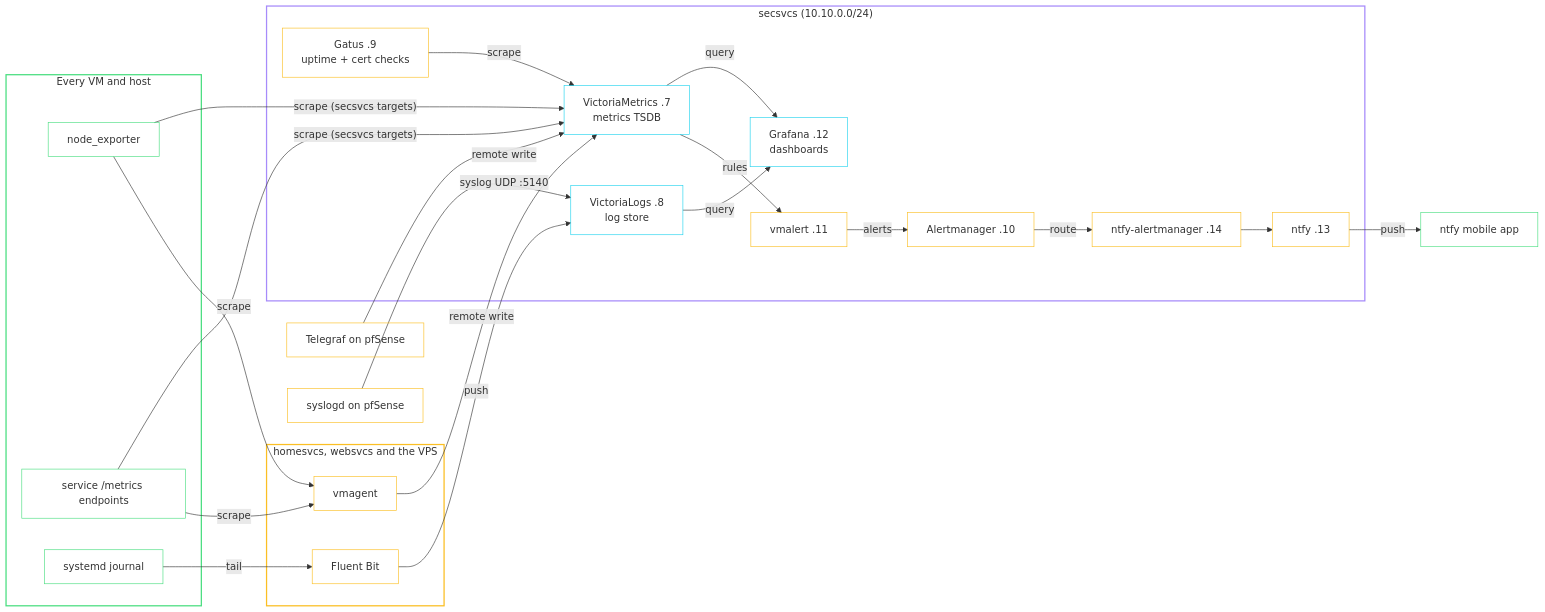
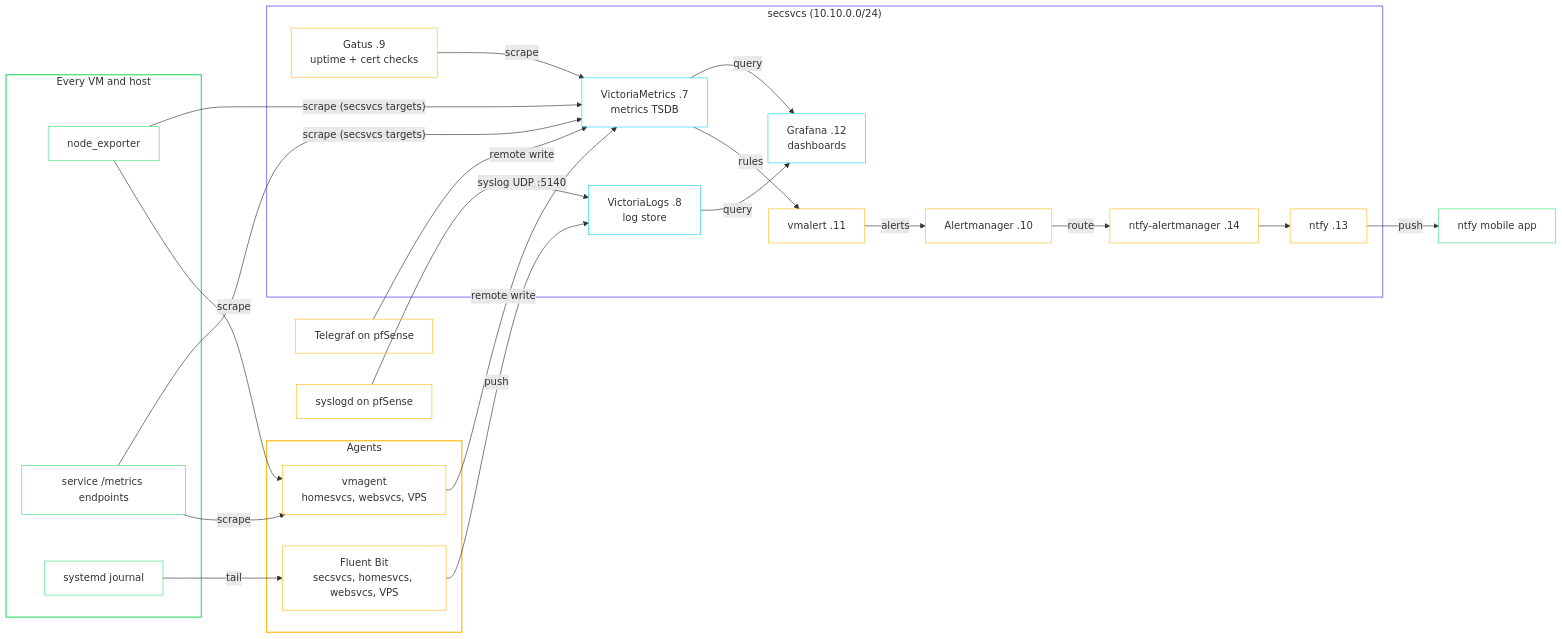
The diagram in docs/services.md (babraham123/homelab), drawn with Mermaid before and after one commit. The commit also changed other lines of this file and 33 other files, not shown here.

````diff
--- a/docs/services.md
+++ b/docs/services.md
@@ -148,56 +149,56 @@
 ```mermaid
 flowchart LR
     subgraph sources["Every VM and host"]
         ne["node_exporter"]
         sm["service /metrics endpoints"]
         jd["systemd journal"]
     end
 
     tg["Telegraf on pfSense"]
     sl["syslogd on pfSense"]
 
-    subgraph agents["homesvcs, websvcs and the VPS"]
-        vmagent["vmagent"]
-        fb["Fluent Bit"]
+    subgraph agents["Agents"]
+        vmagent["vmagent<br/>homesvcs, websvcs, VPS"]
+        fb["Fluent Bit<br/>secsvcs, homesvcs, websvcs, VPS"]
     end
 
     subgraph sec["secsvcs (10.10.0.0/24)"]
         vm["VictoriaMetrics .7<br/>metrics TSDB"]
         vl["VictoriaLogs .8<br/>log store"]
         va["vmalert .11"]
         am["Alertmanager .10"]
         nam["ntfy-alertmanager .14"]
         ntfy["ntfy .13"]
         graf["Grafana .12<br/>dashboards"]
         gatus["Gatus .9<br/>uptime + cert checks"]
     end
 
     phone["ntfy mobile app"]
 
     ne -- "scrape" --> vmagent
     sm -- "scrape" --> vmagent
     jd -- "tail" --> fb
     vmagent -- "remote write" --> vm
     ne & sm -- "scrape (secsvcs targets)" --> vm
     tg -- "remote write" --> vm
     fb -- "push" --> vl
     sl -- "syslog UDP :5140" --> vl
     vm -- "rules" --> va
     va -- "alerts" --> am
     am -- "route" --> nam
     nam --> ntfy
     ntfy -- "push" --> phone
     vm -- "query" --> graf
     vl -- "query" --> graf
     gatus -- "scrape" --> vm
 
     style sources stroke:#4ade80,stroke-width:2px,fill:transparent
     style agents stroke:#fbbf24,stroke-width:2px,fill:transparent
     style sec stroke:#a78bfa,stroke-width:2px,fill:transparent
     classDef src stroke:#4ade80,fill:transparent
     classDef agent stroke:#fbbf24,fill:transparent
     classDef data stroke:#22d3ee,fill:transparent
     class ne,sm,jd,phone src
     class tg,sl,vmagent,fb,va,am,nam,ntfy,gatus agent
     class vm,vl,graf data
 ```
````
